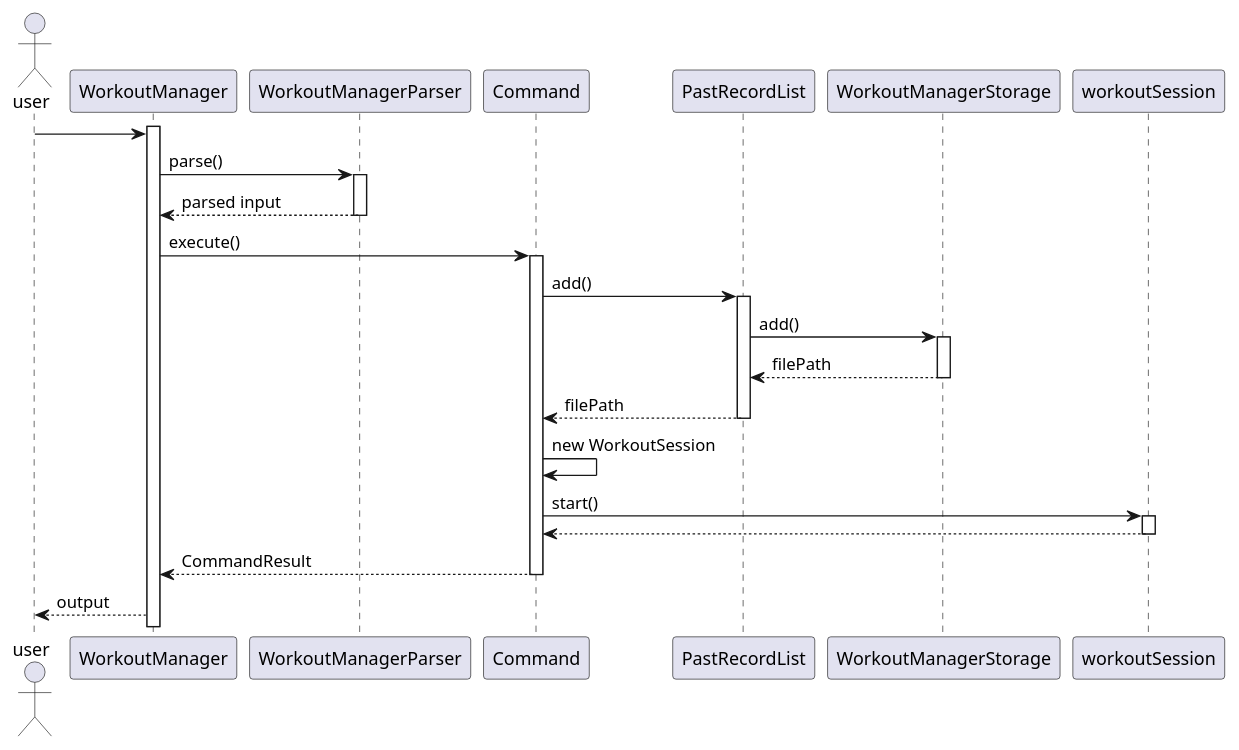
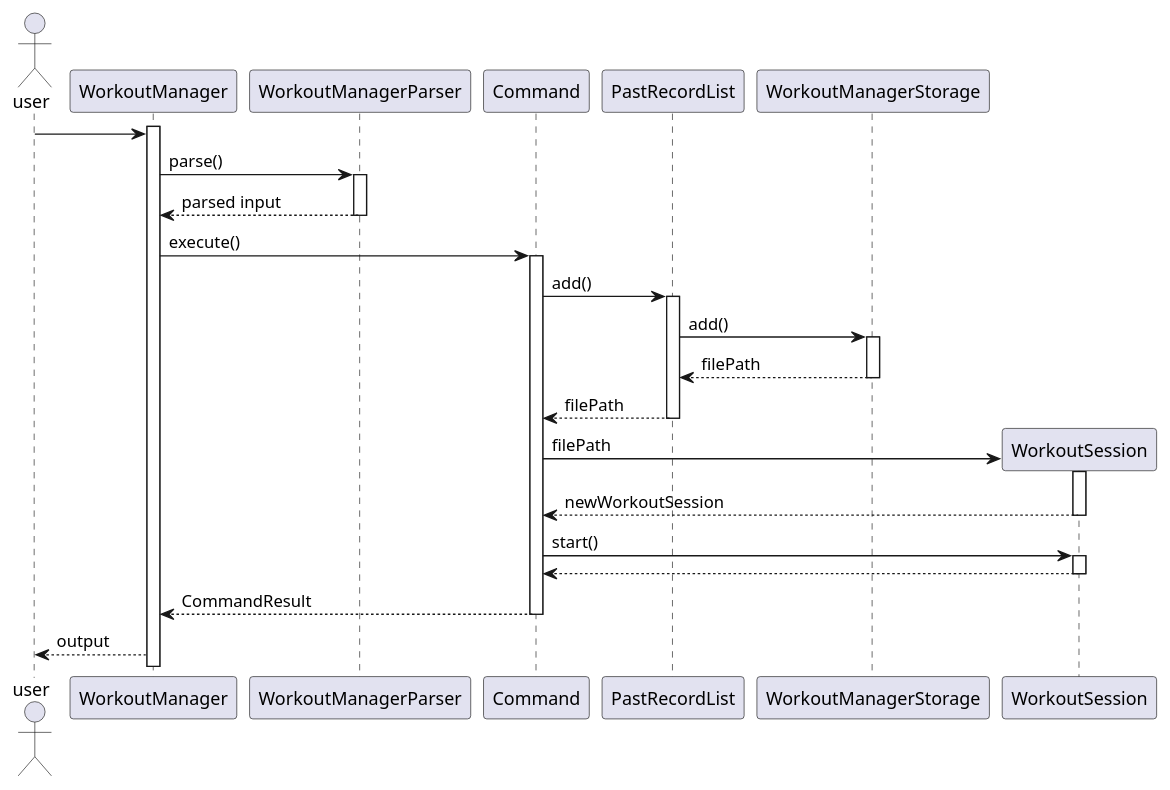
Before and after one commit to zsk612/tp: the diagram in docs/pictures/zesong/NewWS.puml, drawn with PlantUML. The commit also changed 13 other files, not shown here.

```diff
--- a/docs/pictures/zesong/NewWS.puml
+++ b/docs/pictures/zesong/NewWS.puml
@@ -1,35 +1,37 @@
 @startuml
 actor user
 activate WorkoutManager
 user -> WorkoutManager
 WorkoutManager -> WorkoutManagerParser : parse()
 activate WorkoutManagerParser
 WorkoutManagerParser --> WorkoutManager : parsed input
 deactivate WorkoutManagerParser
 
 WorkoutManager -> Command : execute()
 activate Command
 
 Command -> PastRecordList : add()
 activate PastRecordList
 
 PastRecordList -> WorkoutManagerStorage : add()
 activate WorkoutManagerStorage
 WorkoutManagerStorage --> PastRecordList : filePath
 deactivate WorkoutManagerStorage
 
 PastRecordList --> Command : filePath
 deactivate PastRecordList
 
-Command -> Command : new WorkoutSession
-Command -> workoutSession : start()
-activate workoutSession
-workoutSession --> Command
-deactivate workoutSession
+Command -> WorkoutSession ** : filePath
+activate WorkoutSession
+    WorkoutSession --> Command -- : newWorkoutSession
+Command -> WorkoutSession : start()
+activate WorkoutSession
+WorkoutSession --> Command
+deactivate WorkoutSession
 
 Command --> WorkoutManager : CommandResult
 deactivate Command
 
 WorkoutManager -->  user : output
 
 @enduml
```
